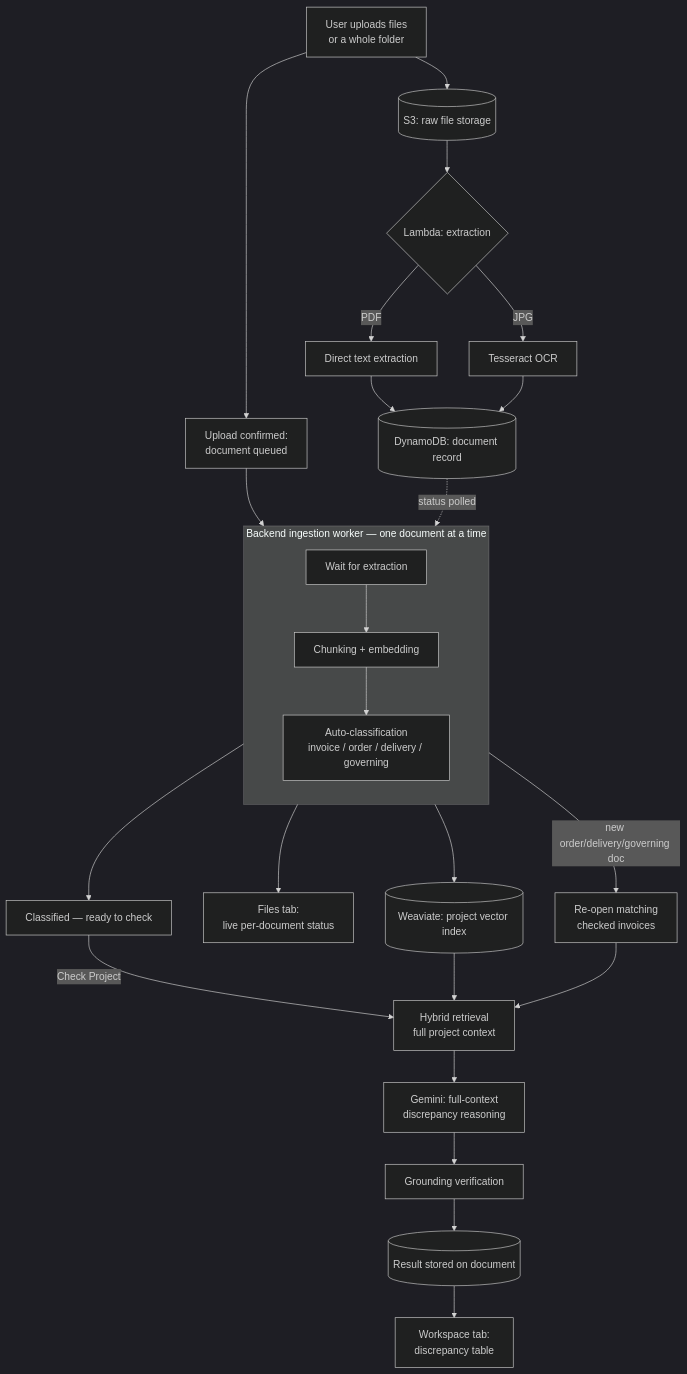
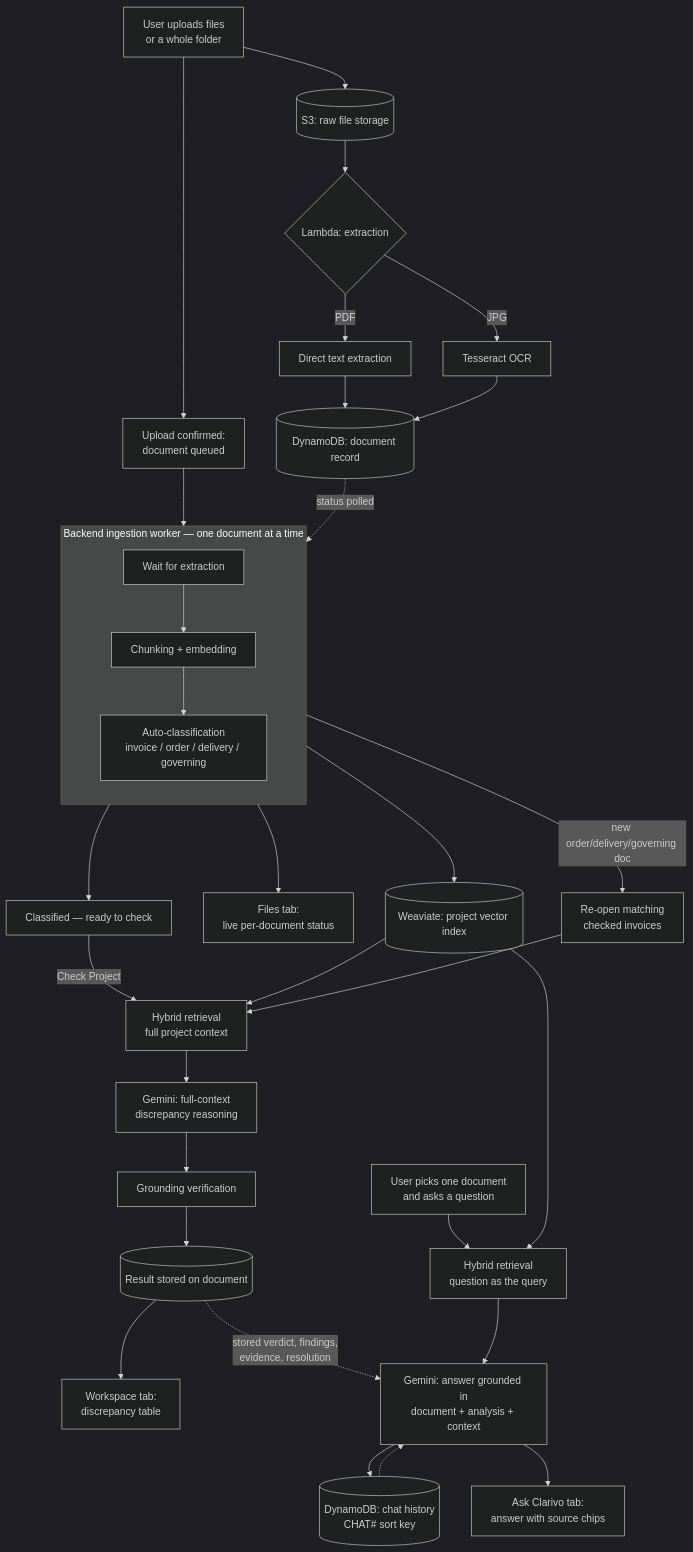
Before and after one commit to renish04/Clarivo: the diagram in README.md, drawn with Mermaid (dark theme). The commit also changed other lines of this file, not shown here.

Commit message:
README updated with AI-chat

````diff
--- a/README.md
+++ b/README.md
@@ -45,32 +47,40 @@
 ```mermaid
 flowchart TD
     A[User uploads files\nor a whole folder] --> B[(S3: raw file storage)]
     A --> Q[Upload confirmed:\ndocument queued]
     B --> C{Lambda: extraction}
     C -->|PDF| D[Direct text extraction]
     C -->|JPG| E[Tesseract OCR]
     D --> F[(DynamoDB: document record)]
     E --> F
 
     Q --> W1
 
     subgraph W [Backend ingestion worker — one document at a time]
         direction TB
         W1[Wait for extraction] --> W2[Chunking + embedding]
         W2 --> W3[Auto-classification\ninvoice / order / delivery / governing]
     end
 
     F -.->|status polled| W1
     W2 --> I[(Weaviate: project vector index)]
     W3 --> P[Files tab:\nlive per-document status]
 
     W3 --> R[Classified — ready to check]
     R -->|Check Project| J[Hybrid retrieval\nfull project context]
     I --> J
     J --> K[Gemini: full-context\ndiscrepancy reasoning]
     K --> L[Grounding verification]
     L --> M[(Result stored on document)]
     M --> N[Workspace tab:\ndiscrepancy table]
     W3 -->|new order/delivery/governing doc| O[Re-open matching\nchecked invoices]
     O --> J
+
+    U[User picks one document\nand asks a question] --> V[Hybrid retrieval\nquestion as the query]
+    I --> V
+    M -.->|stored verdict, findings,\nevidence, resolution| X
+    V --> X[Gemini: answer grounded in\ndocument + analysis + context]
+    Y[(DynamoDB: chat history\nCHAT# sort key)] -.-> X
+    X --> Y
+    X --> Z[Ask Clarivo tab:\nanswer with source chips]
 ```
````
